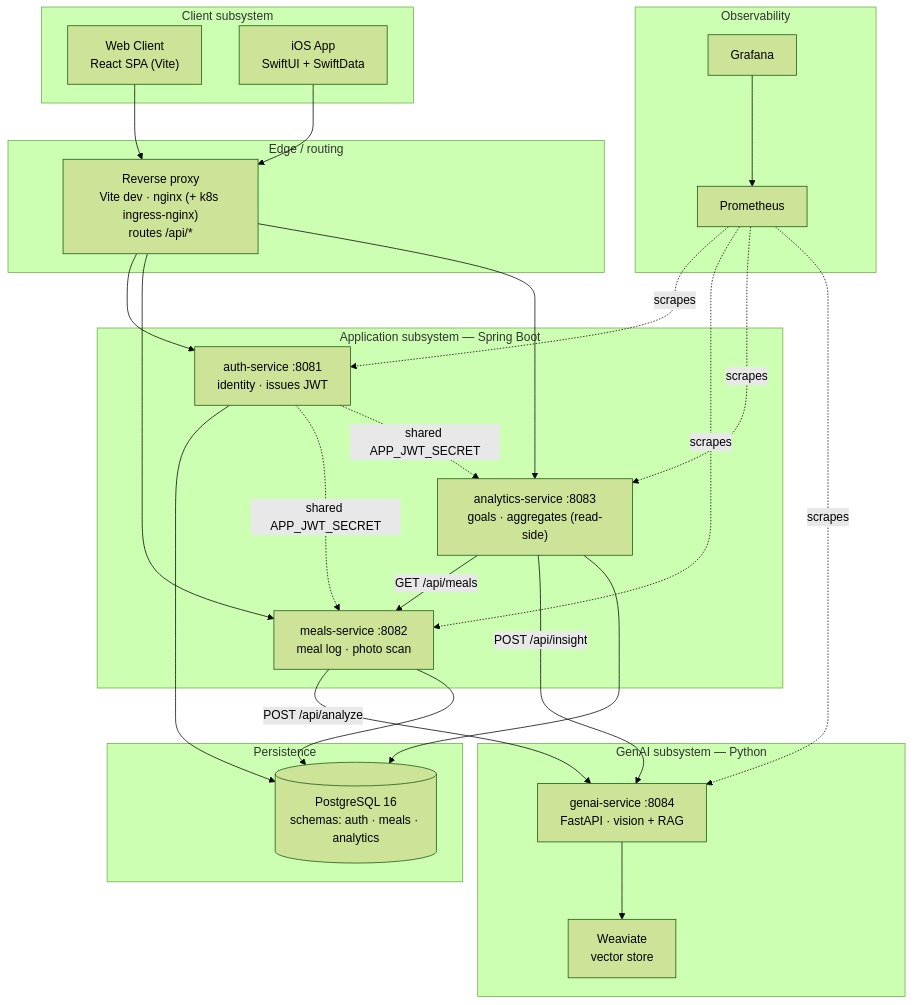
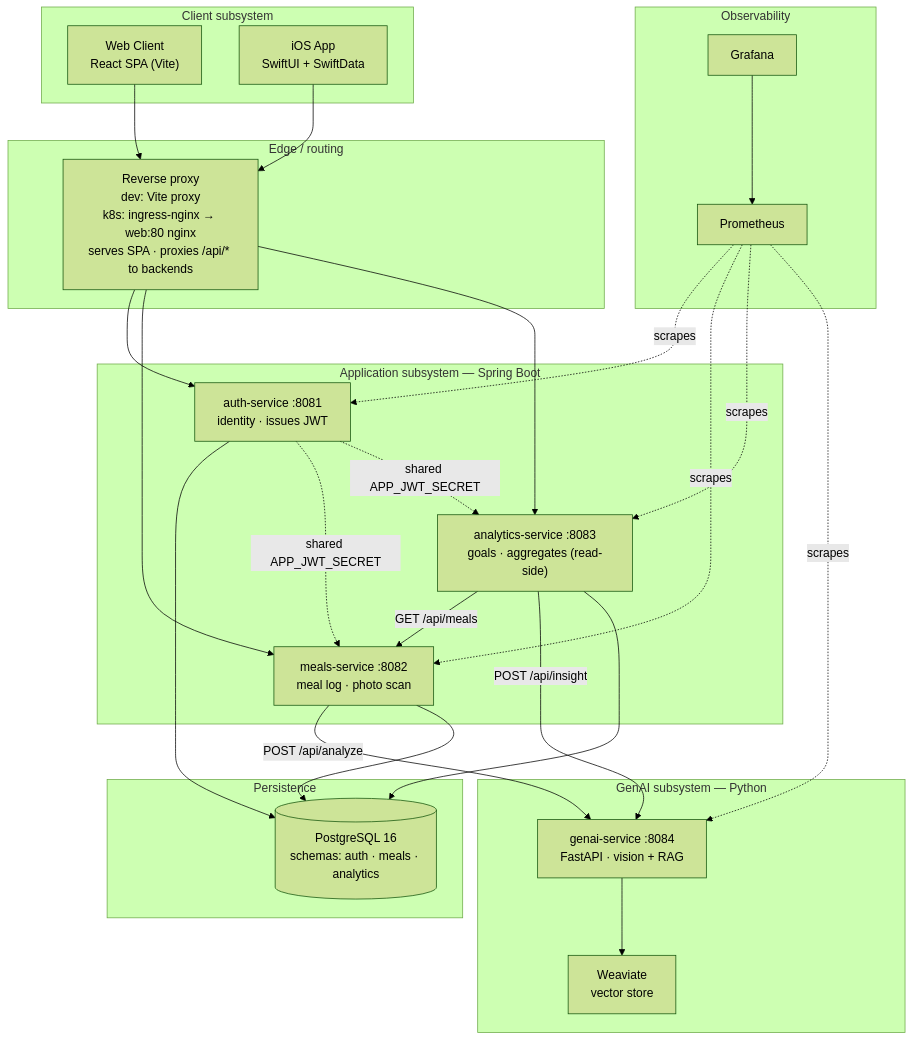
Before and after one commit to AET-DevOps26/team-password123: the diagram in docs/System Architecture.md, drawn with Mermaid (forest theme).

Commit message:
docs: split ingress-nginx and web-pod nginx hops in architecture diagram

````diff
--- a/docs/System Architecture.md
+++ b/docs/System Architecture.md
@@ -18,55 +18,55 @@
 ```mermaid
 flowchart TB
     subgraph Client["Client subsystem"]
         Web["Web Client<br/>React SPA (Vite)"]
         iOS["iOS App<br/>SwiftUI + SwiftData"]
     end
 
     subgraph Edge["Edge / routing"]
-        Proxy["Reverse proxy<br/>Vite dev · nginx (+ k8s ingress-nginx)<br/>routes /api/*"]
+        Proxy["Reverse proxy<br/>dev: Vite proxy<br/>k8s: ingress-nginx → web:80 nginx<br/>serves SPA · proxies /api/* to backends"]
     end
 
     subgraph App["Application subsystem — Spring Boot"]
         Auth["auth-service :8081<br/>identity · issues JWT"]
         Meals["meals-service :8082<br/>meal log · photo scan"]
         Analytics["analytics-service :8083<br/>goals · aggregates (read-side)"]
     end
 
     subgraph GenAI["GenAI subsystem — Python"]
         Genai["genai-service :8084<br/>FastAPI · vision + RAG"]
         Weaviate["Weaviate<br/>vector store"]
     end
 
     subgraph Data["Persistence"]
         PG[("PostgreSQL 16<br/>schemas: auth · meals · analytics")]
     end
 
     subgraph Obs["Observability"]
         Prom["Prometheus"]
         Graf["Grafana"]
     end
 
     Web --> Proxy
     iOS --> Proxy
     Proxy --> Auth
     Proxy --> Meals
     Proxy --> Analytics
 
     Meals -->|POST /api/analyze| Genai
     Analytics -->|GET /api/meals| Meals
     Analytics -->|POST /api/insight| Genai
     Genai --> Weaviate
 
     Auth --> PG
     Meals --> PG
     Analytics --> PG
 
     Prom -. scrapes .-> Auth
     Prom -. scrapes .-> Meals
     Prom -. scrapes .-> Analytics
     Prom -. scrapes .-> Genai
     Graf --> Prom
 
     Auth -. shared APP_JWT_SECRET .-> Meals
     Auth -. shared APP_JWT_SECRET .-> Analytics
 ```
````
